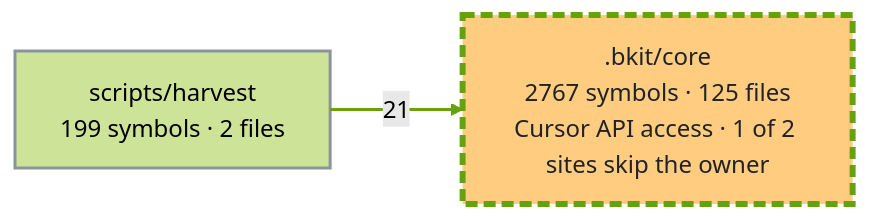
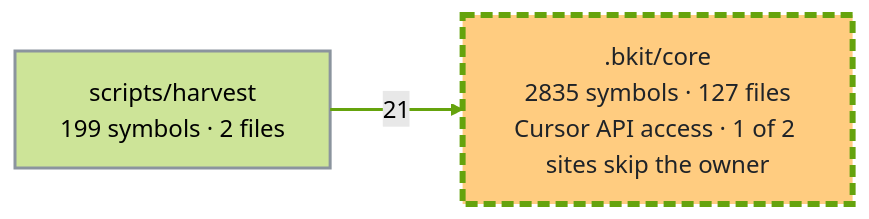
Before and after one commit to cbartens/bkit: the first of 2 diagrams in docs/capabilities.md, drawn with Mermaid (forest theme). The commit also changed other lines of this file and 113 other files, not shown here.

````diff
--- a/docs/capabilities.md
+++ b/docs/capabilities.md
@@ -150,16 +150,16 @@
 ```mermaid
 ---
 config:
   layout: elk
   flowchart:
     useMaxWidth: false
 ---
 flowchart LR
-  %% Generated by bkit-graphify-rollup.py from 02797164293ddc0113ce99fecba732bc2dd76280 — do not edit
-  n_bkit_core[".bkit/core<br/>2767 symbols · 125 files<br/>Cursor API access · 1 of 2 sites skip the owner"]
+  %% Generated by bkit-graphify-rollup.py from 26e4542d620565201bcbe45ed48010dd44596aba — do not edit
+  n_bkit_core[".bkit/core<br/>2835 symbols · 127 files<br/>Cursor API access · 1 of 2 sites skip the owner"]
   nscripts_harvest["scripts/harvest<br/>199 symbols · 2 files"]
   nscripts_harvest -->|21| n_bkit_core
   style n_bkit_core stroke:#65a30d,stroke-width:4px,stroke-dasharray:8 4,fill:#ffcc80,color:#1f2328
   style nscripts_harvest stroke:#8b949e,stroke-width:2px
   linkStyle 0 stroke:#65a30d,stroke-width:2px
 ```
````
